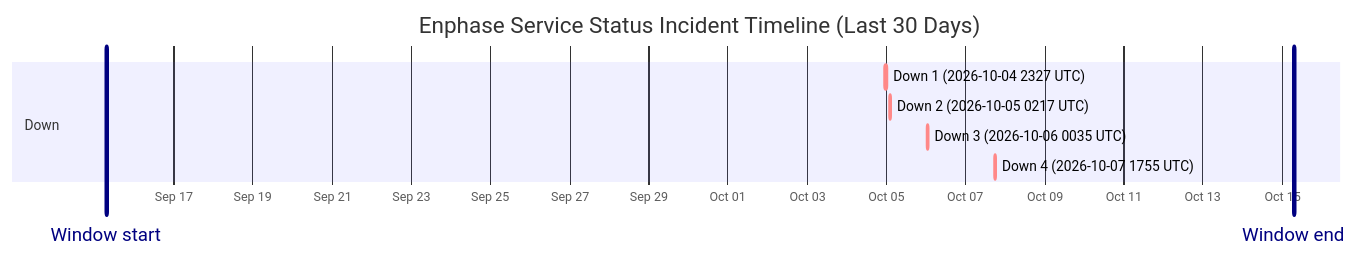
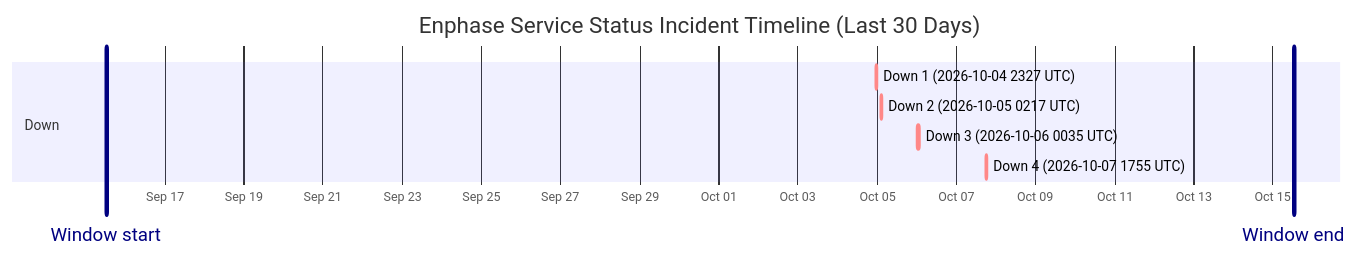
The diagram in wiki/Service-Status-History.md (barneyonline/ha-enphase-energy), drawn with Mermaid before and after one commit. The commit also changed other lines of this file and 3 other files, not shown here.

````diff
--- a/wiki/Service-Status-History.md
+++ b/wiki/Service-Status-History.md
@@ -14,13 +14,13 @@
 ```mermaid
 gantt
     title Enphase Service Status Incident Timeline (Last 30 Days)
     dateFormat  YYYY-MM-DDTHH:mm:ss
     axisFormat  %b %d
-    Window start :vert, window-start, 2026-09-15T06:58:07, 0ms
-    Window end :vert, window-end, 2026-10-15T06:58:07, 0ms
+    Window start :vert, window-start, 2026-09-15T12:33:46, 0ms
+    Window end :vert, window-end, 2026-10-15T12:33:46, 0ms
     section Down
     Down 1 (2026-10-04 2327 UTC) :crit, down-1, 2026-10-04T23:27:34, 60m
     Down 2 (2026-10-05 0217 UTC) :crit, down-2, 2026-10-05T02:17:30, 60m
     Down 3 (2026-10-06 0035 UTC) :crit, down-3, 2026-10-06T00:35:21, 60m
     Down 4 (2026-10-07 1755 UTC) :crit, down-4, 2026-10-07T17:55:16, 60m
 ```
````
